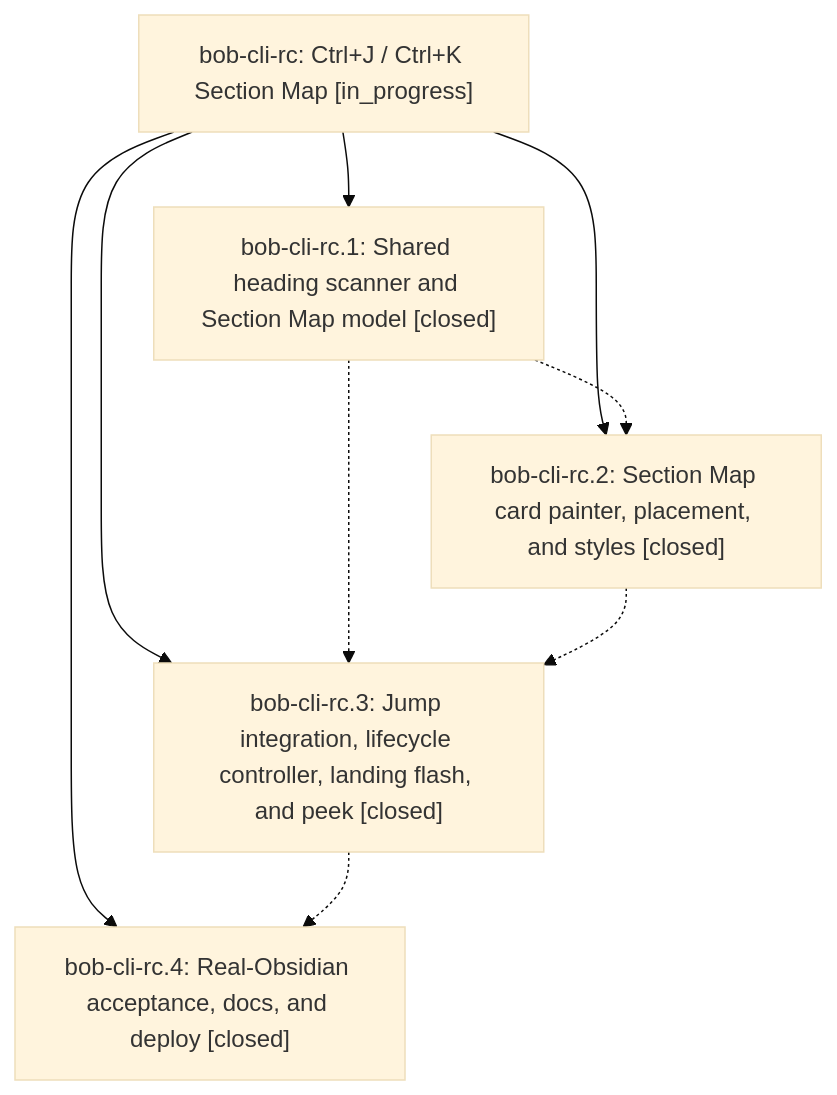
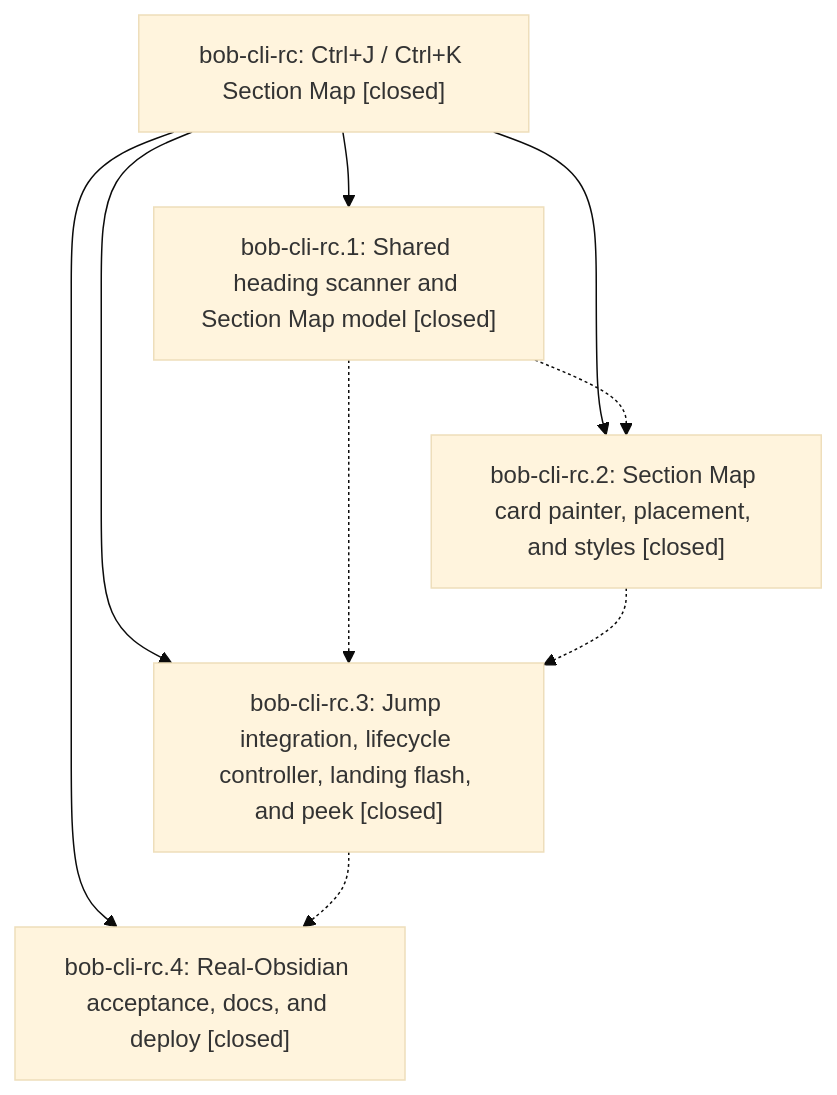
The diagram in pages/bob-cli-rc/README.md (bobs-org/bob-cli--beads), drawn with Mermaid (base theme) before and after one commit. The commit also changed other lines of this file and 1 other file, not shown here.

First line of the commit message:
chore(beads): sync bead state and pages for bob-cli-rc

````diff
--- a/pages/bob-cli-rc/README.md
+++ b/pages/bob-cli-rc/README.md
@@ -39,16 +69,16 @@
 ```mermaid
 flowchart TD
-    n0["bob-cli-rc: Ctrl+J / Ctrl+K Section Map [in_progress]"]
+    n0["bob-cli-rc: Ctrl+J / Ctrl+K Section Map [closed]"]
     n1["bob-cli-rc.1: Shared heading scanner and Section Map model [closed]"]
     n2["bob-cli-rc.2: Section Map card painter, placement, and styles [closed]"]
     n3["bob-cli-rc.3: Jump integration, lifecycle controller, landing flash, and peek [closed]"]
     n4["bob-cli-rc.4: Real-Obsidian acceptance, docs, and deploy [closed]"]
     n0 --> n1
     n0 --> n2
     n0 --> n3
     n0 --> n4
     n1 -.-> n2
     n1 -.-> n3
     n2 -.-> n3
     n3 -.-> n4
 ```
````
